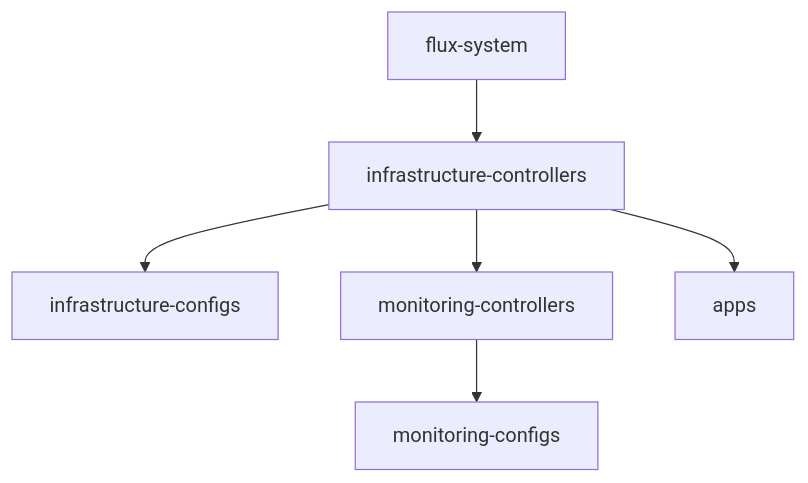
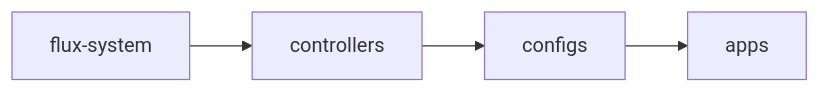
One commit to Justin-De-Sio/my-blog changed the diagram in content/posts/flux-bootstrap/index.md. Above: the diagram before and after it, drawn with Mermaid. The commit also changed other lines of this file, not shown here.

First line of the commit message:
streamline flux-bootstrap post content

```diff
--- a/content/posts/flux-bootstrap/index.md
+++ b/content/posts/flux-bootstrap/index.md
@@ -250,8 +120,6 @@
 {{< mermaid >}}
-graph TD
-    A[flux-system] --> B[infrastructure-controllers]
-    B --> C[infrastructure-configs]
-    B --> D[monitoring-controllers]
-    D --> E[monitoring-configs]
-    B --> F[apps]
+graph LR
+    FS[flux-system] --> CTRL[controllers]
+    CTRL --> CONF[configs]
+    CONF --> APPS[apps]
 {{< /mermaid >}}
```
